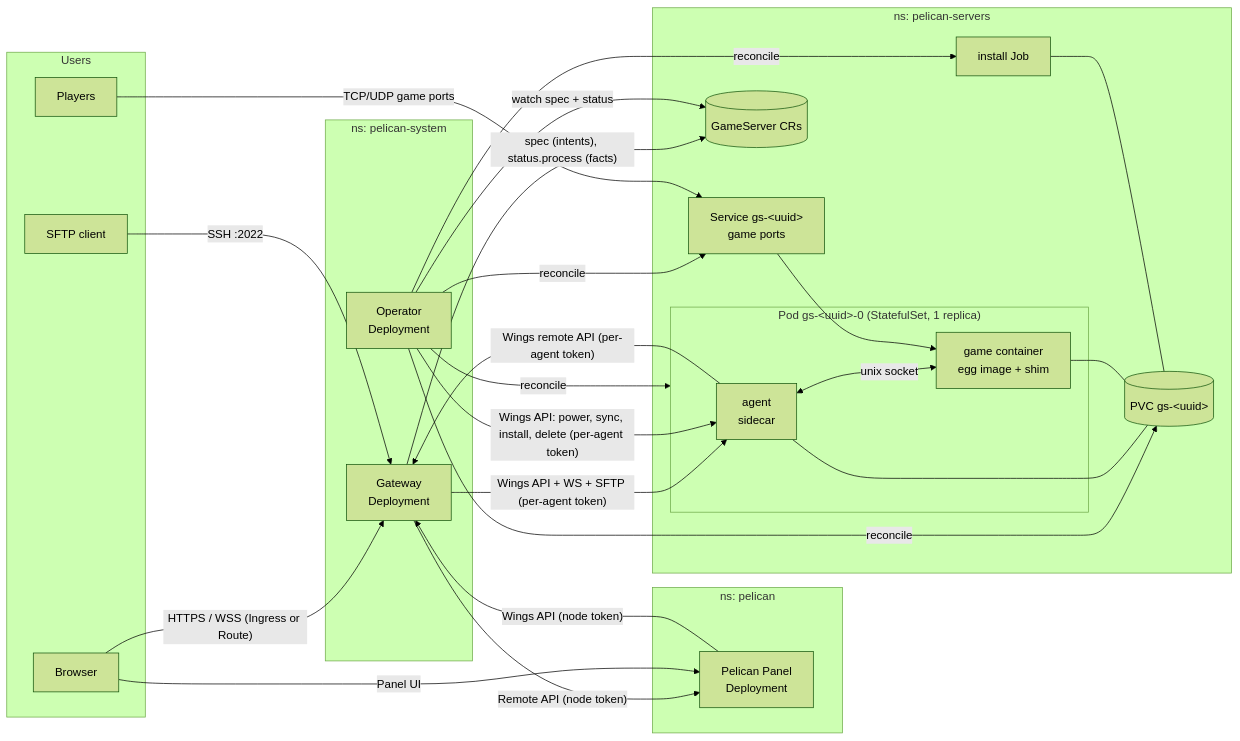
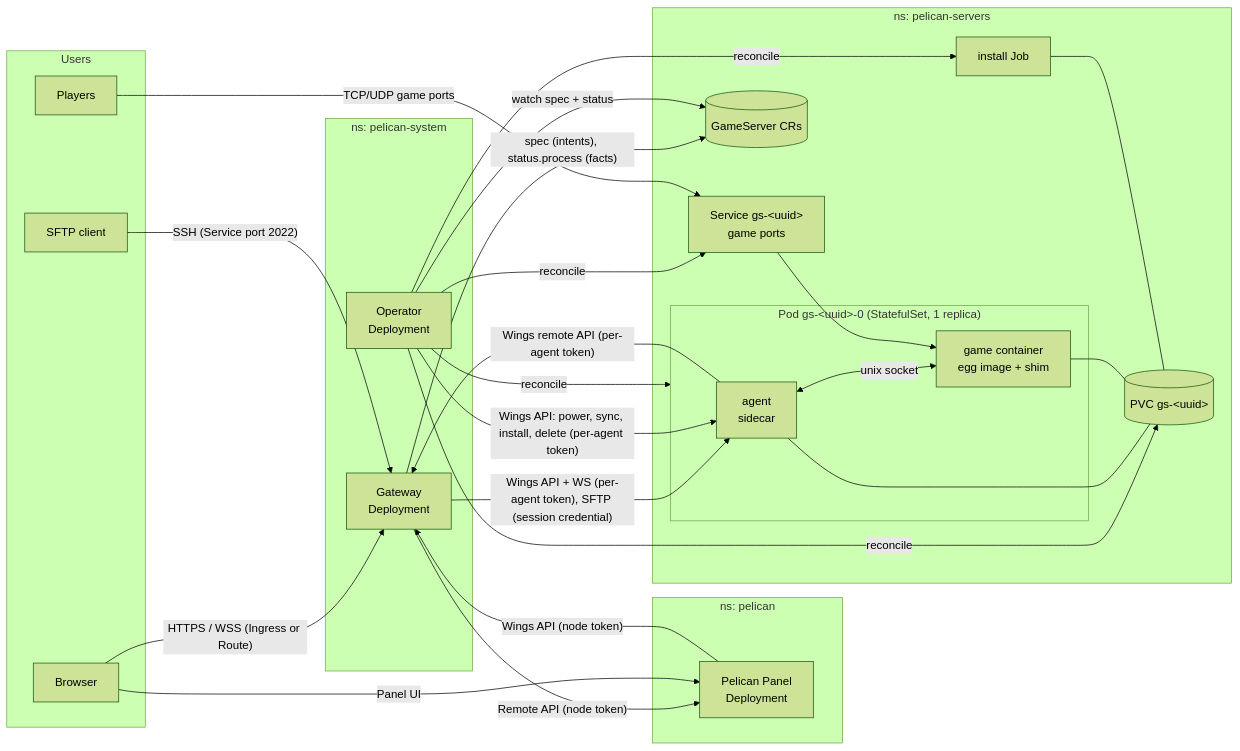
One commit to Claiyc/pelican-k8s changed the first of 5 diagrams in ARCHITECTURE.md. Above: the diagram before and after it, drawn with Mermaid (forest theme). The commit also changed other lines of this file and 3 other files, not shown here.

First line of the commit message:
operator: patch status.process field by field; fix ARCHITECTURE.md §1-7 against the code

````diff
--- a/ARCHITECTURE.md
+++ b/ARCHITECTURE.md
@@ -74,47 +74,47 @@
 ```mermaid
 flowchart LR
   subgraph Users
     B[Browser]
     S[SFTP client]
     P[Players]
   end
 
   subgraph ns-panel["ns: pelican"]
     PANEL[Pelican Panel<br/>Deployment]
   end
 
   subgraph ns-system["ns: pelican-system"]
     GW[Gateway<br/>Deployment]
     OP[Operator<br/>Deployment]
   end
 
   subgraph ns-servers["ns: pelican-servers"]
     CR[(GameServer CRs)]
     subgraph POD["Pod gs-&lt;uuid&gt;-0 (StatefulSet, 1 replica)"]
       AG[agent<br/>sidecar]
       GM[game container<br/>egg image + shim]
     end
     PVC[(PVC gs-&lt;uuid&gt;)]
     SVC[Service gs-&lt;uuid&gt;<br/>game ports]
     JOB[install Job]
   end
 
   B -- "HTTPS / WSS (Ingress or Route)" --> GW
-  S -- "SSH :2022" --> GW
+  S -- "SSH (Service port 2022)" --> GW
   PANEL -- "Wings API (node token)" --> GW
   GW -- "Remote API (node token)" --> PANEL
   B -- "Panel UI" --> PANEL
 
-  GW -- "Wings API + WS + SFTP (per-agent token)" --> AG
+  GW -- "Wings API + WS (per-agent token), SFTP (session credential)" --> AG
   AG -- "Wings remote API (per-agent token)" --> GW
   OP -- "Wings API: power, sync, install, delete (per-agent token)" --> AG
   GW -- "spec (intents), status.process (facts)" --> CR
   OP -- "watch spec + status" --> CR
   OP -- "reconcile" --> POD & PVC & SVC & JOB
 
   AG <-- "unix socket" --> GM
   AG --- PVC
   GM --- PVC
   JOB --- PVC
   P -- "TCP/UDP game ports" --> SVC --> GM
 ```
````
